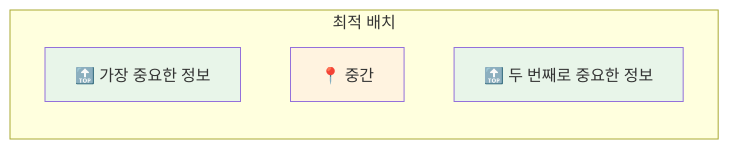
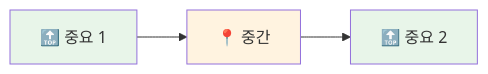
One commit to Gyeom/dev-notes changed the seventh of 12 diagrams in content/posts/2025-10-10-context-engineering-fundamentals.md. Above: the diagram before and after it, drawn with Mermaid. The commit also changed other lines of this file and 7 other files, not shown here.

First line of the commit message:
Fix: 전체 포스트 Mermaid 다이어그램 가로 배치 적용

````diff
--- a/content/posts/2025-10-10-context-engineering-fundamentals.md
+++ b/content/posts/2025-10-10-context-engineering-fundamentals.md
@@ -212,13 +195,8 @@
 ```mermaid
-flowchart TB
-    subgraph Optimal["최적 배치"]
-        direction TB
-        H["🔝 가장 중요한 정보"]
-        M["📍 중간"]
-        L["🔝 두 번째로 중요한 정보"]
-    end
+flowchart LR
+    H["🔝 중요 1"] --> M["📍 중간"] --> L["🔝 중요 2"]
 
     style H fill:#E8F5E9
     style L fill:#E8F5E9
     style M fill:#FFF3E0
 ```
````
